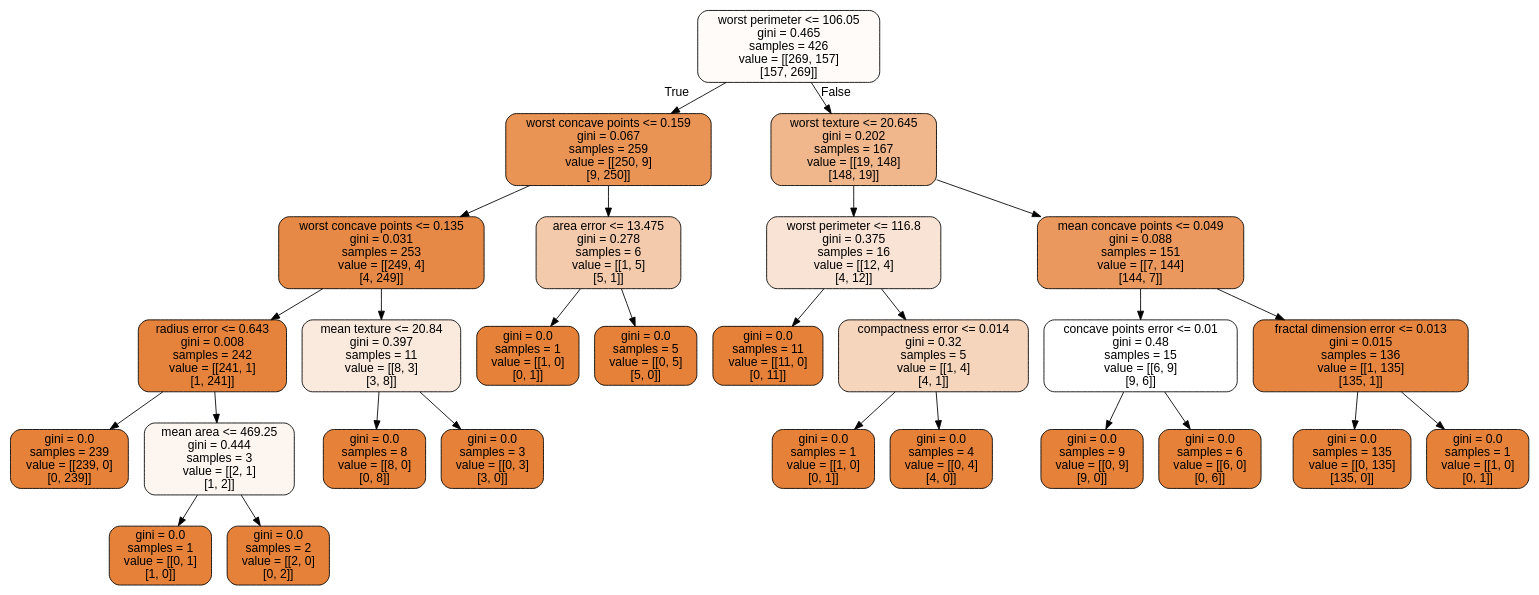
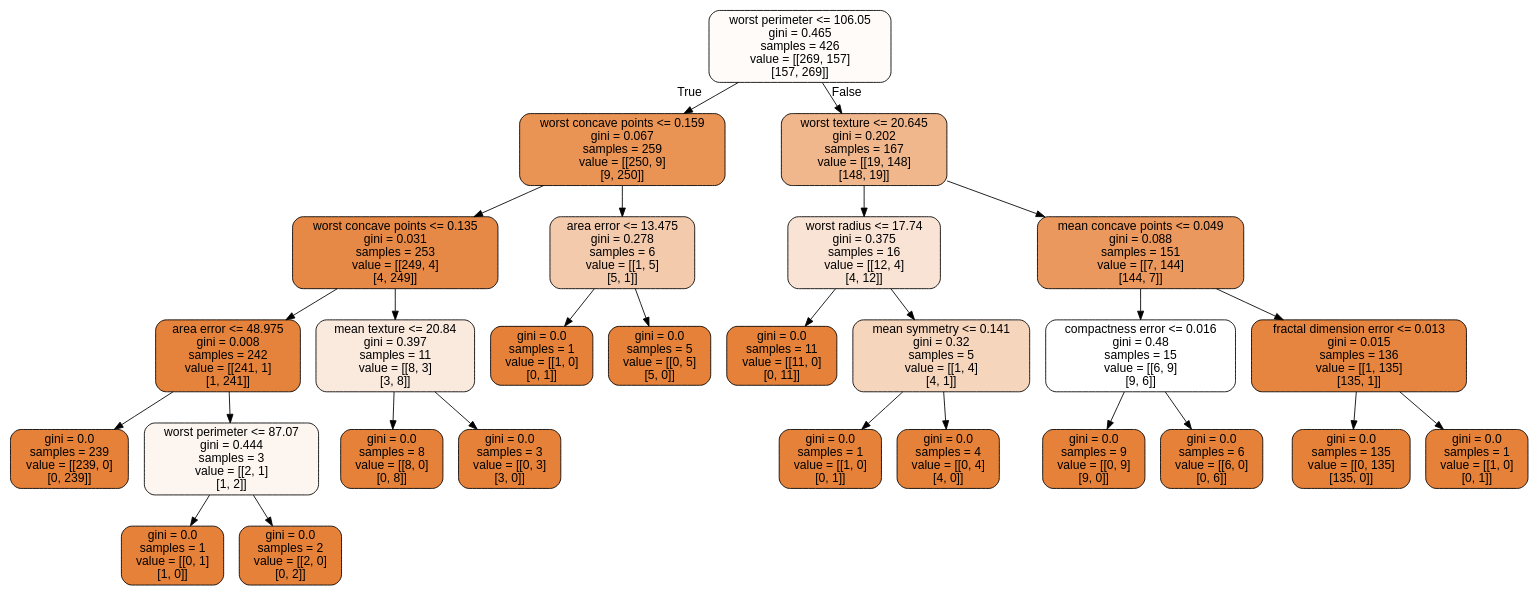
One commit to CompPhysics/MachineLearning changed the diagram in doc/pub/week44/ipynb/Datafiles/cancer.dot. Above: the diagram before and after it, drawn with Graphviz. The commit also changed 74 other files, not shown here.

```diff
--- a/doc/pub/week44/ipynb/Datafiles/cancer.dot
+++ b/doc/pub/week44/ipynb/Datafiles/cancer.dot
@@ -1,57 +1,57 @@
 digraph Tree {
 node [shape=box, style="filled, rounded", color="black", fontname="helvetica"] ;
 edge [fontname="helvetica"] ;
 0 [label="worst perimeter <= 106.05\ngini = 0.465\nsamples = 426\nvalue = [[269, 157]\n[157, 269]]", fillcolor="#fefbf9"] ;
 1 [label="worst concave points <= 0.159\ngini = 0.067\nsamples = 259\nvalue = [[250, 9]\n[9, 250]]", fillcolor="#e99355"] ;
 0 -> 1 [labeldistance=2.5, labelangle=45, headlabel="True"] ;
 2 [label="worst concave points <= 0.135\ngini = 0.031\nsamples = 253\nvalue = [[249, 4]\n[4, 249]]", fillcolor="#e78946"] ;
 1 -> 2 ;
-3 [label="radius error <= 0.643\ngini = 0.008\nsamples = 242\nvalue = [[241, 1]\n[1, 241]]", fillcolor="#e5833c"] ;
+3 [label="area error <= 48.975\ngini = 0.008\nsamples = 242\nvalue = [[241, 1]\n[1, 241]]", fillcolor="#e5833c"] ;
 2 -> 3 ;
 4 [label="gini = 0.0\nsamples = 239\nvalue = [[239, 0]\n[0, 239]]", fillcolor="#e58139"] ;
 3 -> 4 ;
-5 [label="mean area <= 469.25\ngini = 0.444\nsamples = 3\nvalue = [[2, 1]\n[1, 2]]", fillcolor="#fdf6f0"] ;
+5 [label="worst perimeter <= 87.07\ngini = 0.444\nsamples = 3\nvalue = [[2, 1]\n[1, 2]]", fillcolor="#fdf6f0"] ;
 3 -> 5 ;
 6 [label="gini = 0.0\nsamples = 1\nvalue = [[0, 1]\n[1, 0]]", fillcolor="#e58139"] ;
 5 -> 6 ;
 7 [label="gini = 0.0\nsamples = 2\nvalue = [[2, 0]\n[0, 2]]", fillcolor="#e58139"] ;
 5 -> 7 ;
 8 [label="mean texture <= 20.84\ngini = 0.397\nsamples = 11\nvalue = [[8, 3]\n[3, 8]]", fillcolor="#fae9dd"] ;
 2 -> 8 ;
 9 [label="gini = 0.0\nsamples = 8\nvalue = [[8, 0]\n[0, 8]]", fillcolor="#e58139"] ;
 8 -> 9 ;
 10 [label="gini = 0.0\nsamples = 3\nvalue = [[0, 3]\n[3, 0]]", fillcolor="#e58139"] ;
 8 -> 10 ;
 11 [label="area error <= 13.475\ngini = 0.278\nsamples = 6\nvalue = [[1, 5]\n[5, 1]]", fillcolor="#f4caac"] ;
 1 -> 11 ;
 12 [label="gini = 0.0\nsamples = 1\nvalue = [[1, 0]\n[0, 1]]", fillcolor="#e58139"] ;
 11 -> 12 ;
 13 [label="gini = 0.0\nsamples = 5\nvalue = [[0, 5]\n[5, 0]]", fillcolor="#e58139"] ;
 11 -> 13 ;
 14 [label="worst texture <= 20.645\ngini = 0.202\nsamples = 167\nvalue = [[19, 148]\n[148, 19]]", fillcolor="#f0b68c"] ;
 0 -> 14 [labeldistance=2.5, labelangle=-45, headlabel="False"] ;
-15 [label="worst perimeter <= 116.8\ngini = 0.375\nsamples = 16\nvalue = [[12, 4]\n[4, 12]]", fillcolor="#f9e3d4"] ;
+15 [label="worst radius <= 17.74\ngini = 0.375\nsamples = 16\nvalue = [[12, 4]\n[4, 12]]", fillcolor="#f9e3d4"] ;
 14 -> 15 ;
 16 [label="gini = 0.0\nsamples = 11\nvalue = [[11, 0]\n[0, 11]]", fillcolor="#e58139"] ;
 15 -> 16 ;
-17 [label="compactness error <= 0.014\ngini = 0.32\nsamples = 5\nvalue = [[1, 4]\n[4, 1]]", fillcolor="#f6d5bd"] ;
+17 [label="mean symmetry <= 0.141\ngini = 0.32\nsamples = 5\nvalue = [[1, 4]\n[4, 1]]", fillcolor="#f6d5bd"] ;
 15 -> 17 ;
 18 [label="gini = 0.0\nsamples = 1\nvalue = [[1, 0]\n[0, 1]]", fillcolor="#e58139"] ;
 17 -> 18 ;
 19 [label="gini = 0.0\nsamples = 4\nvalue = [[0, 4]\n[4, 0]]", fillcolor="#e58139"] ;
 17 -> 19 ;
 20 [label="mean concave points <= 0.049\ngini = 0.088\nsamples = 151\nvalue = [[7, 144]\n[144, 7]]", fillcolor="#ea985d"] ;
 14 -> 20 ;
-21 [label="concave points error <= 0.01\ngini = 0.48\nsamples = 15\nvalue = [[6, 9]\n[9, 6]]", fillcolor="#ffffff"] ;
+21 [label="compactness error <= 0.016\ngini = 0.48\nsamples = 15\nvalue = [[6, 9]\n[9, 6]]", fillcolor="#ffffff"] ;
 20 -> 21 ;
 22 [label="gini = 0.0\nsamples = 9\nvalue = [[0, 9]\n[9, 0]]", fillcolor="#e58139"] ;
 21 -> 22 ;
 23 [label="gini = 0.0\nsamples = 6\nvalue = [[6, 0]\n[0, 6]]", fillcolor="#e58139"] ;
 21 -> 23 ;
 24 [label="fractal dimension error <= 0.013\ngini = 0.015\nsamples = 136\nvalue = [[1, 135]\n[135, 1]]", fillcolor="#e6853f"] ;
 20 -> 24 ;
 25 [label="gini = 0.0\nsamples = 135\nvalue = [[0, 135]\n[135, 0]]", fillcolor="#e58139"] ;
 24 -> 25 ;
 26 [label="gini = 0.0\nsamples = 1\nvalue = [[1, 0]\n[0, 1]]", fillcolor="#e58139"] ;
 24 -> 26 ;
 }
```
